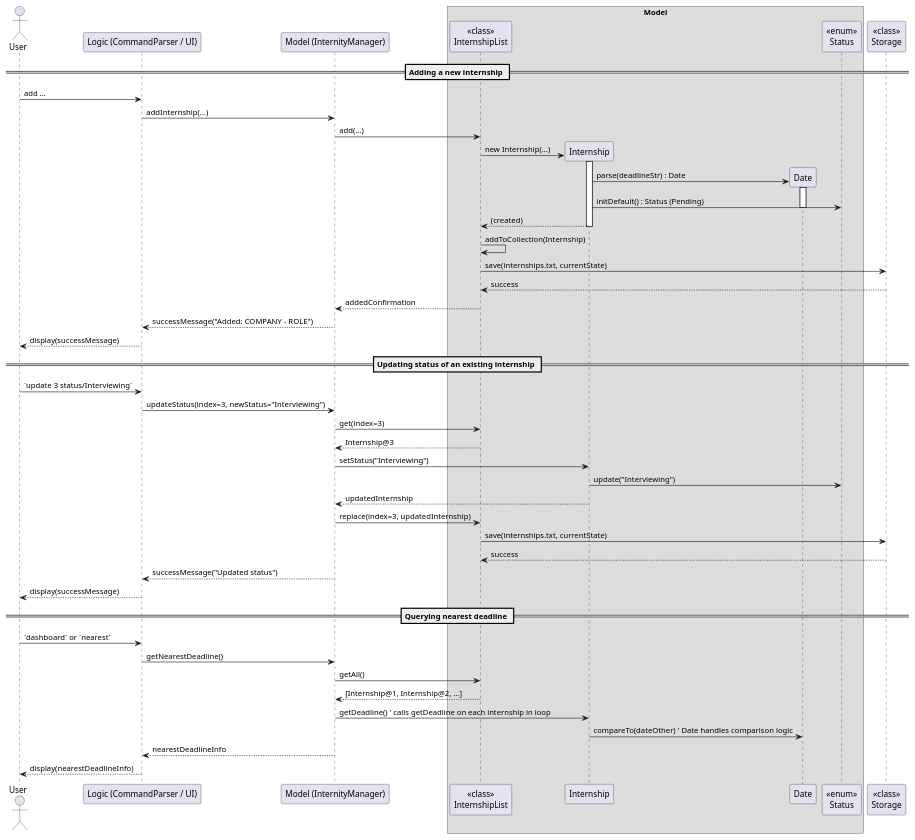
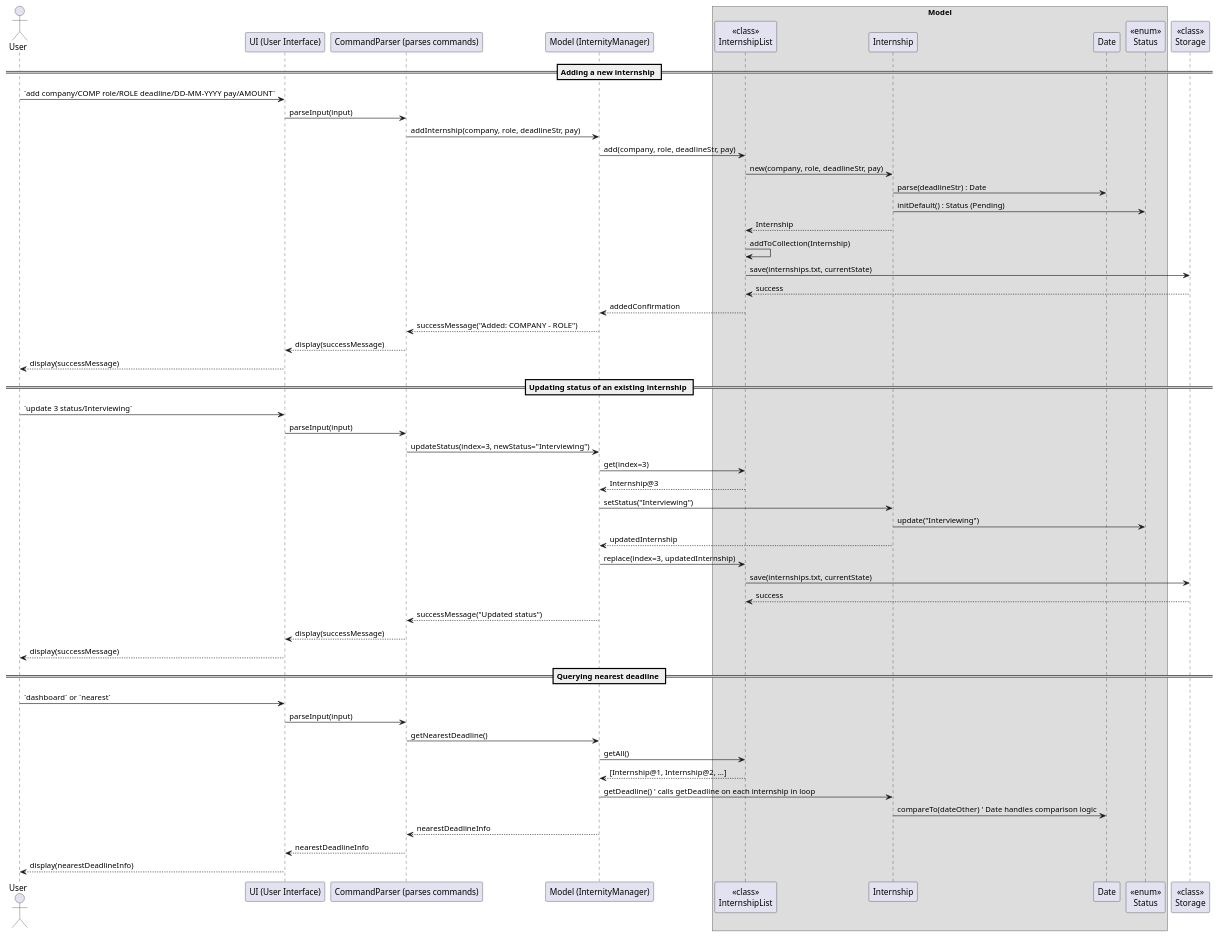
One commit to BenyAlbatross/tp changed the diagram in docs/diagrams/ModelComponentSD.puml. Above: the diagram before and after it, drawn with PlantUML. The commit also changed other lines of this file, not shown here.

Commit message:
update ModelcomponentSD

```diff
--- a/docs/diagrams/ModelComponentSD.puml
+++ b/docs/diagrams/ModelComponentSD.puml
@@ -1,77 +1,85 @@
 @startuml
 ' Model Component Sequence Diagram
 ' Shows interactions between Logic, Model, InternshipList, Internship, Date and Status
 ' Additional abstract components: Logic (parses commands) and Storage (persists data)
 '
 actor User as "User"
-participant Logic as "Logic (CommandParser / UI)"
+participant UI as "UI (User Interface)"
+participant CommandParser as "CommandParser (parses commands)"
 participant Model as "Model (InternityManager)"
 
 box Model
 participant InternshipList as "<<class>>\nInternshipList"
 participant Internship as "Internship"
 participant Date as "Date"
 participant Status as "<<enum>>\nStatus"
 endbox
 
 participant Storage as "<<class>>\nStorage"
 
 ' --- Scenario 1: Adding a new internship ---
 == Adding a new internship ==
-' User types an `add` command; Logic parses and hands off a semantic request to Model
-User -> Logic: add ...
-Logic -> Model: addInternship(...)
+' User types an `add` command; UI receives user input and forwards to CommandParser, which hands off a semantic request to Model
+User -> UI: `add company/COMP role/ROLE deadline/DD-MM-YYYY pay/AMOUNT`
+UI -> CommandParser: parseInput(input)
+CommandParser -> Model: addInternship(company, role, deadlineStr, pay)
 ' Model validates high-level constraints then delegates to the list component
-Model -> InternshipList: add(...)
+Model -> InternshipList: add(company, role, deadlineStr, pay)
 ' InternshipList constructs a new Internship object (calls constructor)
-create Internship
-InternshipList -> Internship: new Internship(...)
-activate Internship
+InternshipList -> Internship: new(company, role, deadlineStr, pay)
 ' Internship object parses and stores a Date and Status internally
-create Date
 Internship -> Date: parse(deadlineStr) : Date
-activate Date
 Internship -> Status: initDefault() : Status (Pending)
-deactivate Date
 ' Construction returns the Internship instance to InternshipList
-Internship --> InternshipList: (created)
-deactivate Internship
-
+Internship --> InternshipList: Internship
 ' InternshipList appends to internal collection
 InternshipList -> InternshipList: addToCollection(Internship)
 ' After mutation, Model requests Storage to persist the updated list
 InternshipList -> Storage: save(internships.txt, currentState)
 Storage --> InternshipList: success
 Model <-- InternshipList: addedConfirmation
-Logic <-- Model: successMessage("Added: COMPANY - ROLE")
-User <-- Logic: display(successMessage)
+CommandParser <-- Model: successMessage("Added: COMPANY - ROLE")
+UI <-- CommandParser: display(successMessage)
+User <-- UI: display(successMessage)
 
 ' --- Scenario 2: Updating status of an existing internship ---
 == Updating status of an existing internship ==
-User -> Logic: `update 3 status/Interviewing`
-Logic -> Model: updateStatus(index=3, newStatus="Interviewing")
+User -> UI: `update 3 status/Interviewing`
+UI -> CommandParser: parseInput(input)
+CommandParser -> Model: updateStatus(index=3, newStatus="Interviewing")
 Model -> InternshipList: get(index=3)
 InternshipList --> Model: Internship@3
 Model -> Internship: setStatus("Interviewing")
 Internship -> Status: update("Interviewing")
 Internship --> Model: updatedInternship
 Model -> InternshipList: replace(index=3, updatedInternship)
 ' Persist change
 InternshipList -> Storage: save(internships.txt, currentState)
 Storage --> InternshipList: success
-Model --> Logic: successMessage("Updated status")
-Logic --> User: display(successMessage)
+CommandParser <-- Model: successMessage("Updated status")
+UI <-- CommandParser: display(successMessage)
+UI --> User: display(successMessage)
 
 ' --- Scenario 3: Querying nearest deadline ---
 == Querying nearest deadline ==
-User -> Logic: `dashboard` or `nearest`
-Logic -> Model: getNearestDeadline()
+User -> UI: `dashboard` or `nearest`
+UI -> CommandParser: parseInput(input)
+CommandParser -> Model: getNearestDeadline()
 Model -> InternshipList: getAll()
 InternshipList --> Model: [Internship@1, Internship@2, ...]
 Model -> Internship: getDeadline() ' calls getDeadline on each internship in loop
 Internship -> Date: compareTo(dateOther) ' Date handles comparison logic
 ' Model computes nearest and returns formatted result
-Model --> Logic: nearestDeadlineInfo
-Logic --> User: display(nearestDeadlineInfo)
+CommandParser <-- Model: nearestDeadlineInfo
+UI <-- CommandParser: nearestDeadlineInfo
+UI --> User: display(nearestDeadlineInfo)
+
+' Notes:
+' - `Date` here represents the model class responsible for parsing, storing and comparing deadline values.
+' - `Status` is modelled as a small value object or enum wrapper that enforces valid status values.
+' - `UI` is the user-facing component responsible for I/O and forwarding raw input to `CommandParser`.
+' - `CommandParser` is responsible for parsing raw input into semantic requests (commands) and interacting with `Model`.
+' - `Storage` is shown as an abstract persistence component (file or DB). Model / InternshipList calls it after any persistent mutation.
+' - All persistence (save) calls are intentional points where data is written to disk; startup load would be the reverse interaction (Storage -> Model -> InternshipList).
 
 @enduml
```
